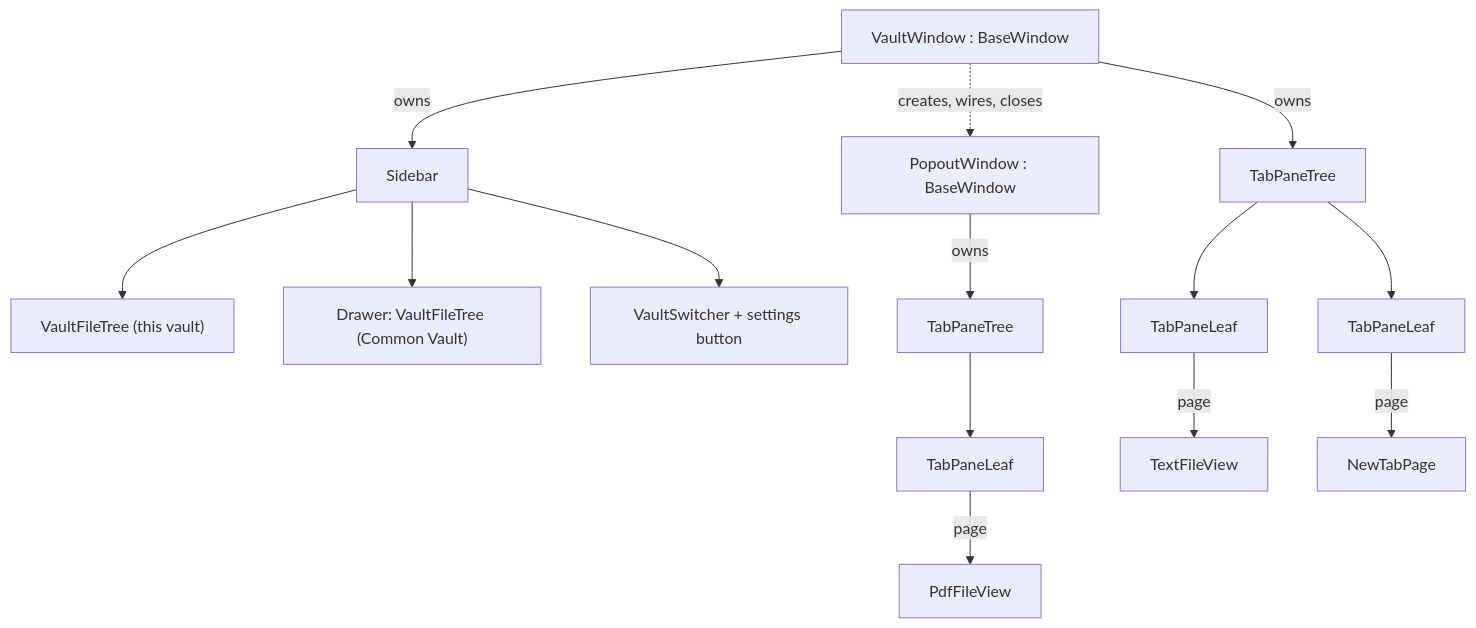
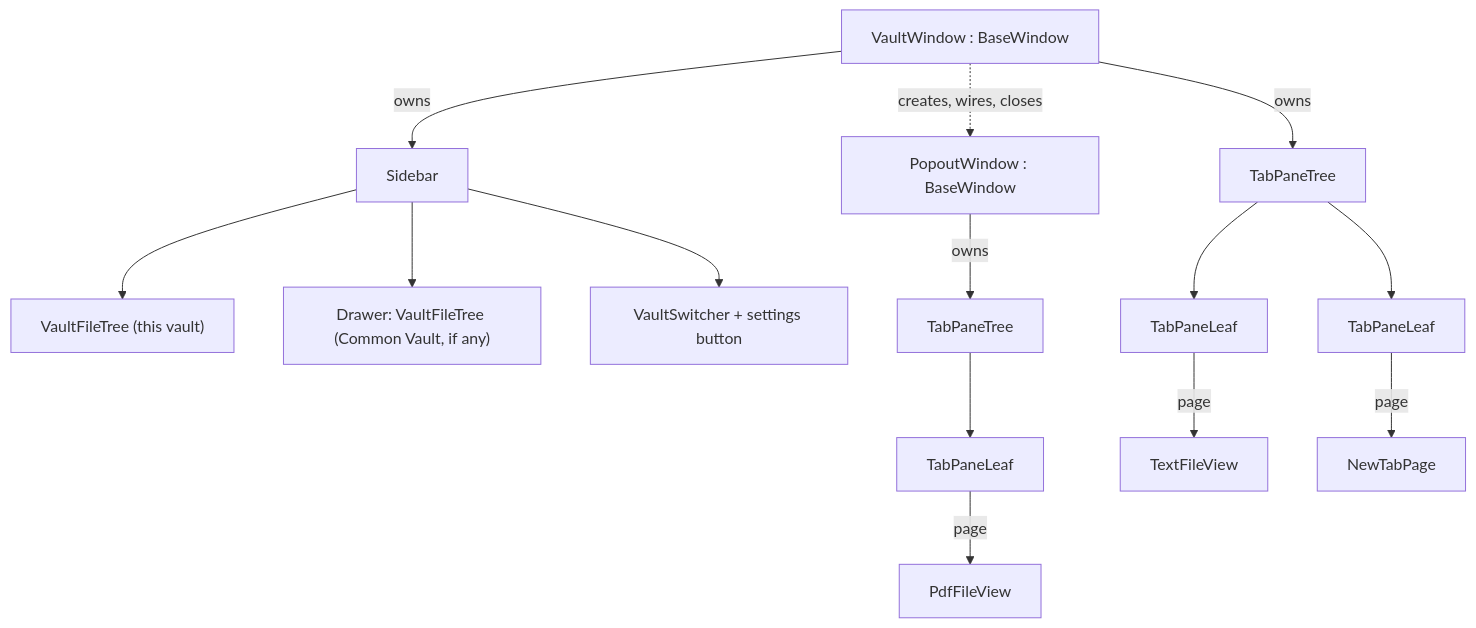
The second of 5 diagrams in Fernanda/docs/Architecture.md (fairybow/Fernanda), drawn with Mermaid before and after one commit. The commit also changed other lines of this file and 9 other files, not shown here.

Commit message:
Document the Common Vault rework and drop the words relay

````diff
--- a/Fernanda/docs/Architecture.md
+++ b/Fernanda/docs/Architecture.md
@@ -115,22 +115,22 @@
 ```mermaid
 flowchart TD
     VW["VaultWindow : BaseWindow"]
     PO["PopoutWindow : BaseWindow"]
 
     VW -->|owns| SB["Sidebar"]
     SB --> FT["VaultFileTree (this vault)"]
-    SB --> DR["Drawer: VaultFileTree (Common Vault)"]
+    SB --> DR["Drawer: VaultFileTree (Common Vault, if any)"]
     SB --> VS["VaultSwitcher + settings button"]
 
     VW -->|owns| T1["TabPaneTree"]
     PO -->|owns| T2["TabPaneTree"]
     VW -.->|creates, wires, closes| PO
 
     T1 --> L1["TabPaneLeaf"]
     T1 --> L2["TabPaneLeaf"]
     T2 --> L3["TabPaneLeaf"]
 
     L1 -->|page| V1["TextFileView"]
     L2 -->|page| V2["NewTabPage"]
     L3 -->|page| V3["PdfFileView"]
 ```
````
